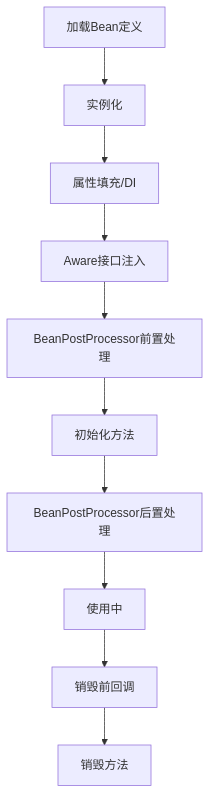
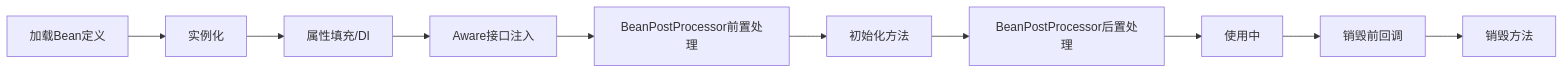
The second of 12 diagrams in face_mirror.md (kim3857/face_mirror), drawn with Mermaid before and after one commit. The commit also changed other lines of this file, not shown here.

Commit message:
spring add.

````diff
--- a/face_mirror.md
+++ b/face_mirror.md
@@ -191,13 +191,13 @@
 ```mermaid
-graph TD
+graph LR
     A[加载Bean定义] --> B[实例化]
     B --> C[属性填充/DI]
     C --> D[Aware接口注入]
     D --> E[BeanPostProcessor前置处理]
     E --> F[初始化方法]
     F --> G[BeanPostProcessor后置处理]
     G --> H[使用中]
     H --> I[销毁前回调]
     I --> J[销毁方法]
 
 ```
````
